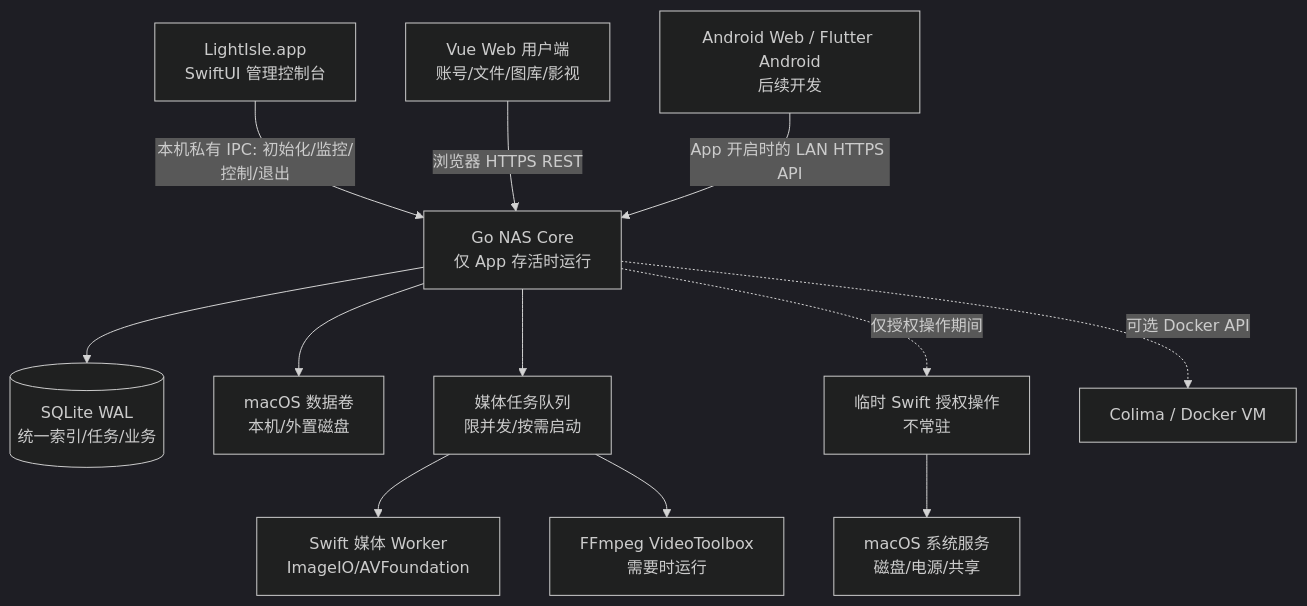
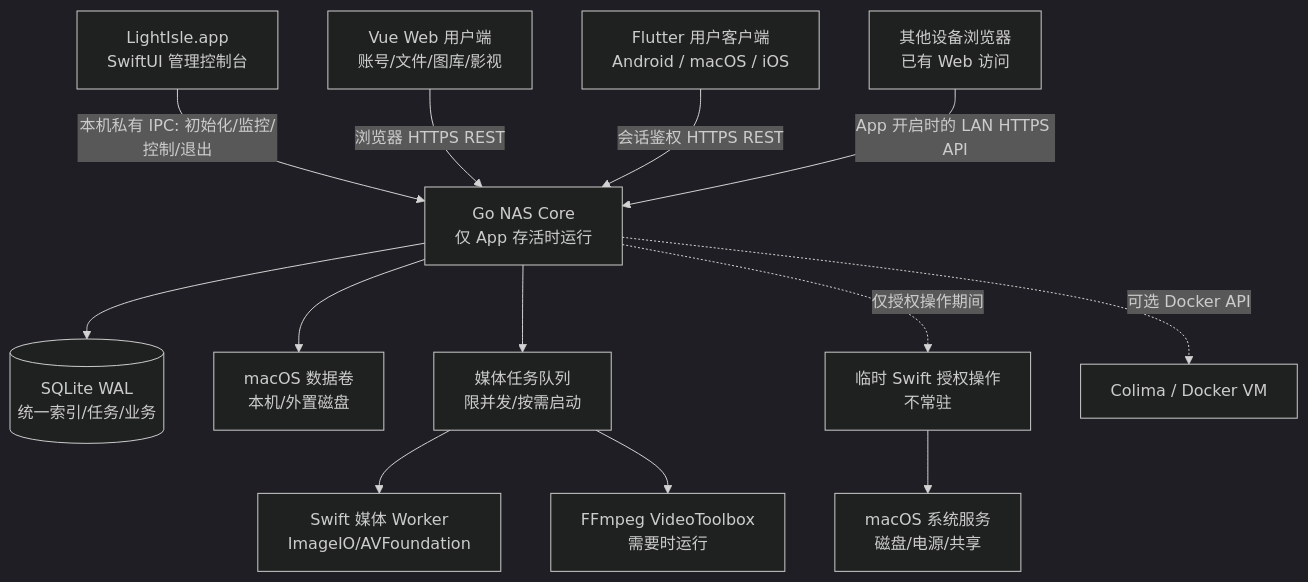
The diagram in docs/ARCHITECTURE.md (lengsukq/LightIsle), drawn with Mermaid (dark theme) before and after one commit. The commit also changed other lines of this file and 20 other files, not shown here.

````diff
--- a/docs/ARCHITECTURE.md
+++ b/docs/ARCHITECTURE.md
@@ -7,14 +9,15 @@
 ```mermaid
 flowchart TD
     U[LightIsle.app<br/>SwiftUI 管理控制台] -->|本机私有 IPC: 初始化/监控/控制/退出| C[Go NAS Core<br/>仅 App 存活时运行]
     A[Vue Web 用户端<br/>账号/文件/图库/影视] -->|浏览器 HTTPS REST| C
-    B[Android Web / Flutter Android<br/>后续开发] -->|App 开启时的 LAN HTTPS API| C
+    FC[Flutter 用户客户端<br/>Android / macOS / iOS] -->|会话鉴权 HTTPS REST| C
+    B[其他设备浏览器<br/>已有 Web 访问] -->|App 开启时的 LAN HTTPS API| C
     C --> D[(SQLite WAL<br/>统一索引/任务/业务)]
     C --> F[macOS 数据卷<br/>本机/外置磁盘]
     C --> M[媒体任务队列<br/>限并发/按需启动]
     M --> S[Swift 媒体 Worker<br/>ImageIO/AVFoundation]
     M --> V[FFmpeg VideoToolbox<br/>需要时运行]
     C -.->|仅授权操作期间| H[临时 Swift 授权操作<br/>不常驻]
     H --> O[macOS 系统服务<br/>磁盘/电源/共享]
     C -.->|可选 Docker API| X[Colima / Docker VM]
 ```
````
